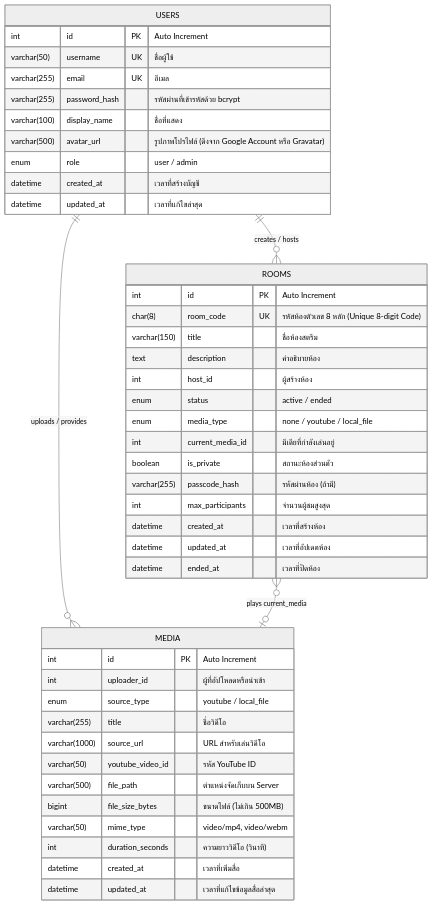
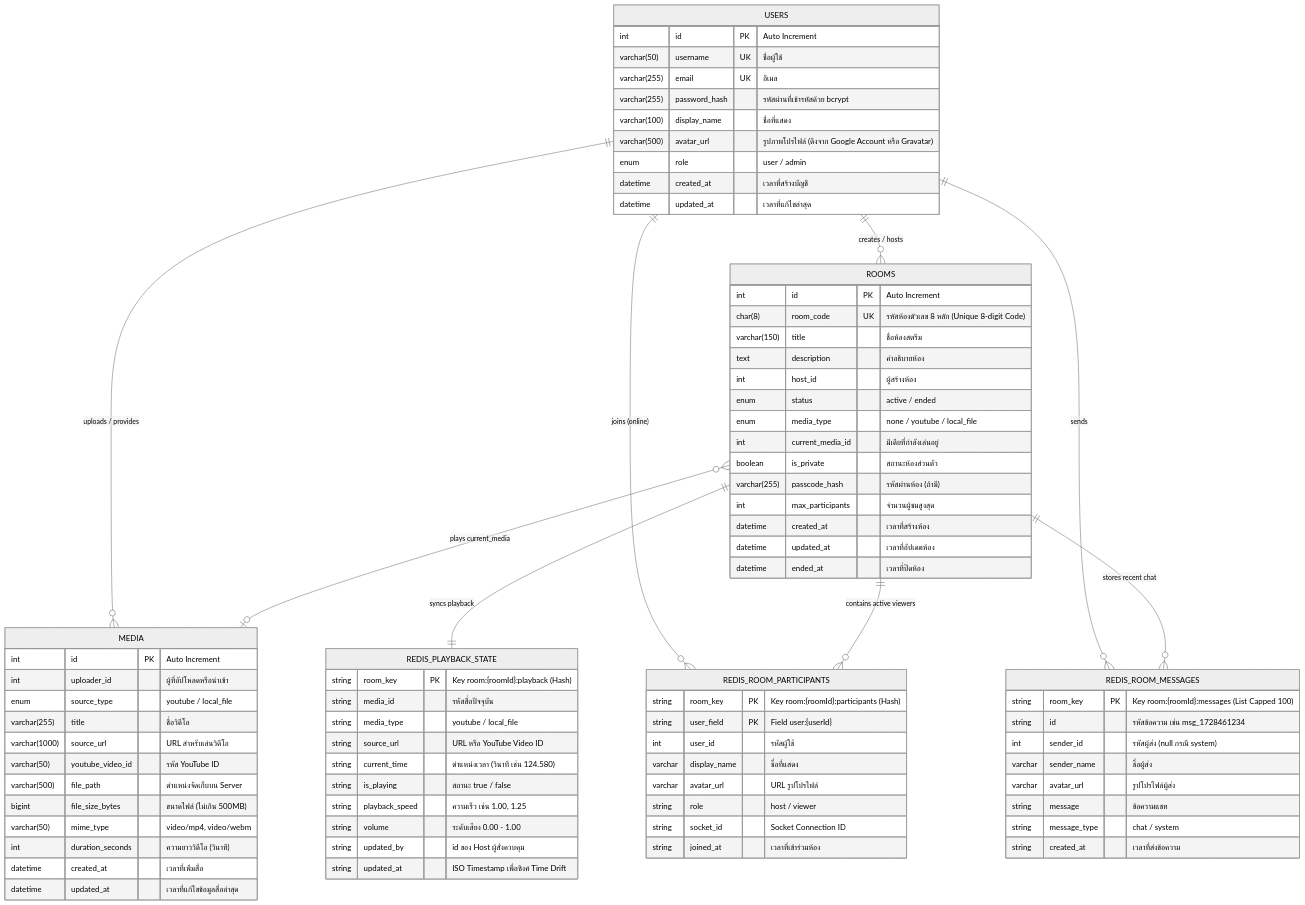
Before and after one commit to PeterGamez/YouStream: the third of 3 diagrams in SRS.md, drawn with Mermaid (neutral theme). The commit also changed other lines of this file, not shown here.

Commit message:
update SRS.md with revised system requirements and specifications

````diff
--- a/SRS.md
+++ b/SRS.md
@@ -216,8 +218,16 @@
 ```mermaid
 erDiagram
+    %% Persistent Relational Entities (MariaDB)
     USERS ||--o{ ROOMS : "creates / hosts"
     USERS ||--o{ MEDIA : "uploads / provides"
     ROOMS }o--o| MEDIA : "plays current_media"
+
+    %% Real-Time In-Memory Entities (Redis State Store)
+    USERS ||--o{ REDIS_ROOM_PARTICIPANTS : "joins (online)"
+    USERS ||--o{ REDIS_ROOM_MESSAGES : "sends"
+    ROOMS ||--|| REDIS_PLAYBACK_STATE : "syncs playback"
+    ROOMS ||--o{ REDIS_ROOM_PARTICIPANTS : "contains active viewers"
+    ROOMS ||--o{ REDIS_ROOM_MESSAGES : "stores recent chat"
 
     USERS {
         int id PK "Auto Increment"
@@ -262,4 +272,39 @@
         datetime created_at "เวลาที่เพิ่มสื่อ"
         datetime updated_at "เวลาที่แก้ไขข้อมูลสื่อล่าสุด"
     }
+
+    REDIS_PLAYBACK_STATE {
+        string room_key PK "Key room:{roomId}:playback (Hash)"
+        string media_id "รหัสสื่อปัจจุบัน"
+        string media_type "youtube / local_file"
+        string source_url "URL หรือ YouTube Video ID"
+        string current_time "ตำแหน่งเวลา (วินาที เช่น 124.580)"
+        string is_playing "สถานะ true / false"
+        string playback_speed "ความเร็ว เช่น 1.00, 1.25"
+        string volume "ระดับเสียง 0.00 - 1.00"
+        string updated_by "id ของ Host ผู้สั่งควบคุม"
+        string updated_at "ISO Timestamp เพื่อซิงค์ Time Drift"
+    }
+
+    REDIS_ROOM_PARTICIPANTS {
+        string room_key PK "Key room:{roomId}:participants (Hash)"
+        string user_field PK "Field user:{userId}"
+        int user_id "รหัสผู้ใช้"
+        varchar display_name "ชื่อที่แสดง"
+        varchar avatar_url "URL รูปโปรไฟล์"
+        string role "host / viewer"
+        string socket_id "Socket Connection ID"
+        string joined_at "เวลาที่เข้าร่วมห้อง"
+    }
+
+    REDIS_ROOM_MESSAGES {
+        string room_key PK "Key room:{roomId}:messages (List Capped 100)"
+        string id "รหัสข้อความ เช่น msg_1728461234"
+        int sender_id "รหัสผู้ส่ง (null กรณี system)"
+        varchar sender_name "ชื่อผู้ส่ง"
+        varchar avatar_url "รูปโปรไฟล์ผู้ส่ง"
+        string message "ข้อความแชท"
+        string message_type "chat / system"
+        string created_at "เวลาที่ส่งข้อความ"
+    }
 ```
````
